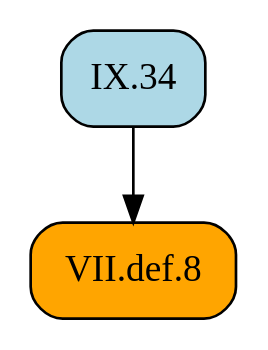
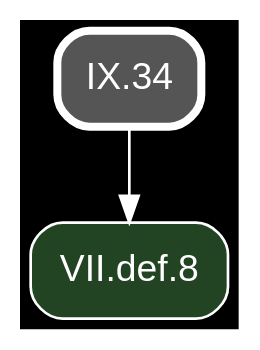
One commit to geometor/elements changed the diagram in docsrc/heath/IX/34/index.rst. Above: the diagram before and after it, drawn with Graphviz. The commit also changed other lines of this file and 1200 other files, not shown here.

Commit message:
update dependency graphs

```diff
--- a/docsrc/heath/IX/34/index.rst
+++ b/docsrc/heath/IX/34/index.rst
@@ -38,9 +38,11 @@
 .. graphviz::
 
    digraph {
+     bgcolor="black";
+     node [shape=box, style="rounded,filled", fontname="Helvetica", color="white", fontcolor="white"];
+     edge [color="white", fontcolor="white"];
      rankdir="TB";
-     node [shape=box, style=rounded];
-     "VII.def.8" [style="rounded,filled", fillcolor=orange, URL="/heath/VII/def.8/", target="_top"];
-     "IX.34" [style="rounded,filled", fillcolor=lightblue, URL="/heath/IX/34/", target="_top"];
+     "VII.def.8" [fillcolor="#224422", URL="/heath/VII/def.8/", target="_top"];
+     "IX.34" [penwidth=3, color="white", fillcolor="#555555", URL="/heath/IX/34/", target="_top"];
      "IX.34" -> "VII.def.8";
    }
```
